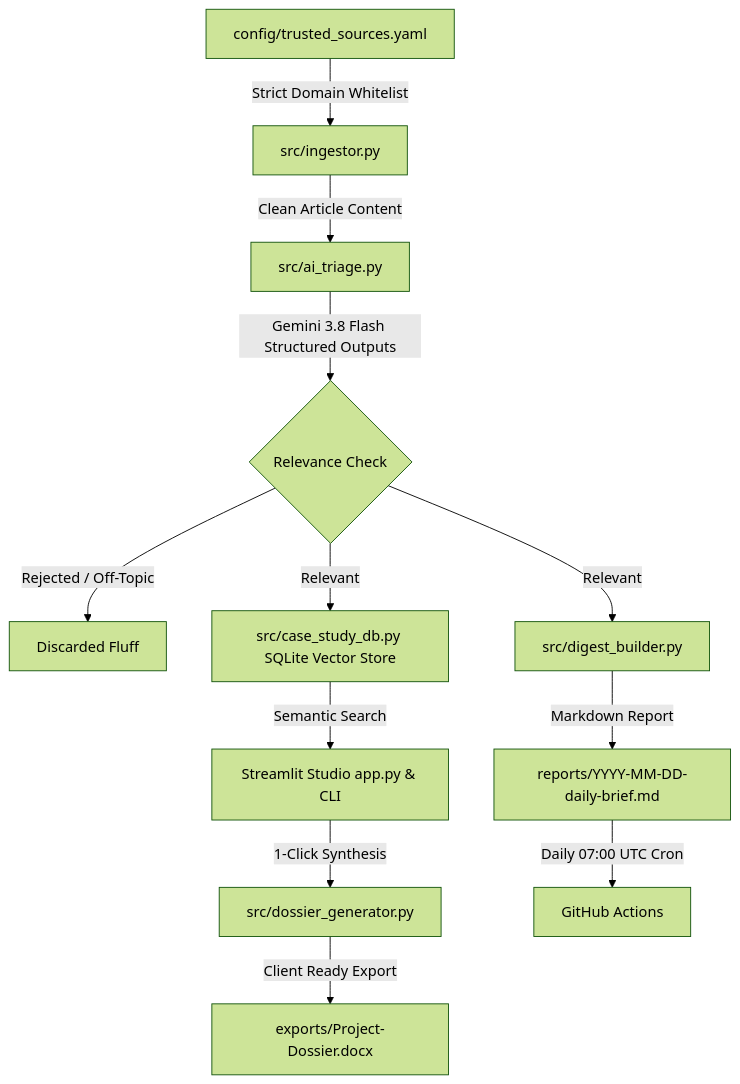
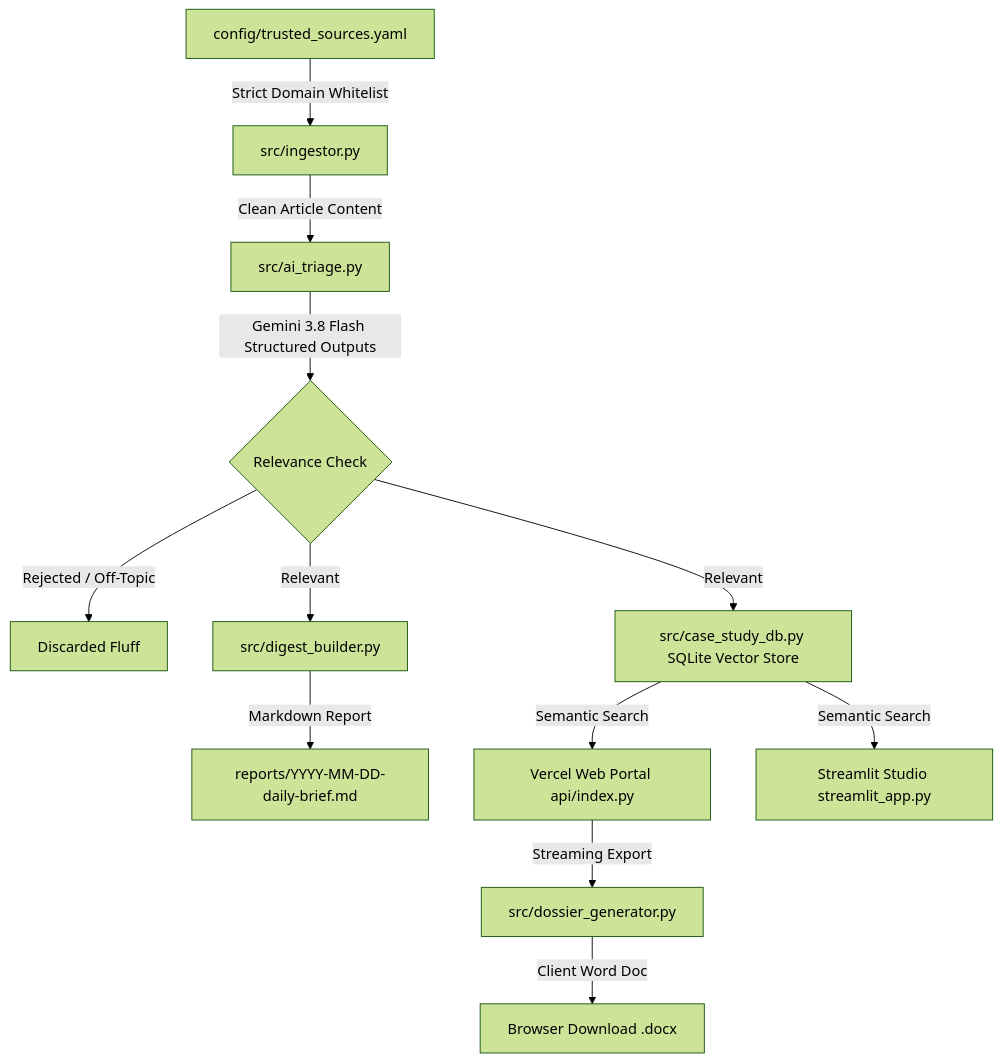
The diagram in README.md (ScorVoid/arch-intel-agent), drawn with Mermaid (forest theme) before and after one commit. The commit also changed other lines of this file and 1 other file, not shown here.

Commit message:
docs & ui: update streamlit_app.py and README.md with Vercel deployment documentation

````diff
--- a/README.md
+++ b/README.md
@@ -34,14 +36,14 @@
 ```mermaid
 graph TD
     A[config/trusted_sources.yaml] -->|Strict Domain Whitelist| B[src/ingestor.py]
     B -->|Clean Article Content| C[src/ai_triage.py]
     C -->|Gemini 3.8 Flash Structured Outputs| D{Relevance Check}
     D -->|Rejected / Off-Topic| X[Discarded Fluff]
     D -->|Relevant| E[src/case_study_db.py SQLite Vector Store]
     D -->|Relevant| F[src/digest_builder.py]
     F -->|Markdown Report| G[reports/YYYY-MM-DD-daily-brief.md]
-    E -->|Semantic Search| H[Streamlit Studio app.py & CLI]
-    H -->|1-Click Synthesis| J[src/dossier_generator.py]
-    J -->|Client Ready Export| K[exports/Project-Dossier.docx]
-    G -->|Daily 07:00 UTC Cron| I[GitHub Actions]
+    E -->|Semantic Search| H[Vercel Web Portal api/index.py]
+    E -->|Semantic Search| I[Streamlit Studio streamlit_app.py]
+    H -->|Streaming Export| J[src/dossier_generator.py]
+    J -->|Client Word Doc| K[Browser Download .docx]
 ```
````
